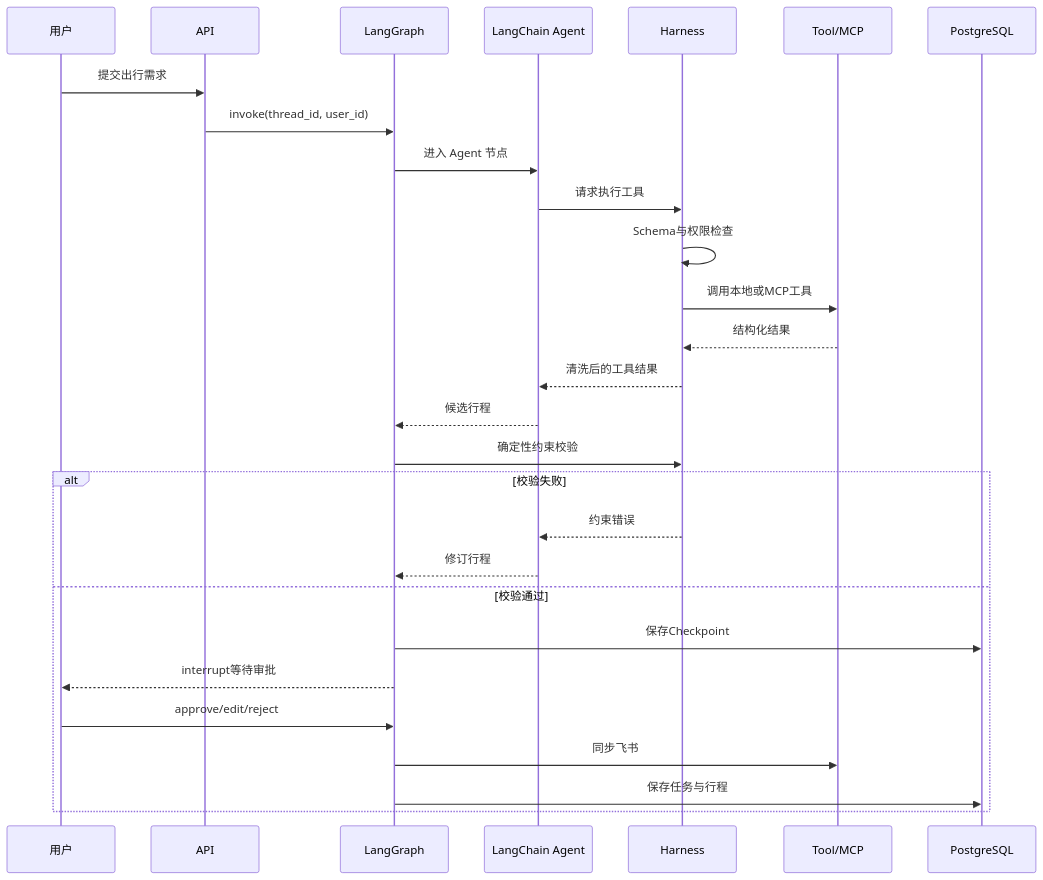
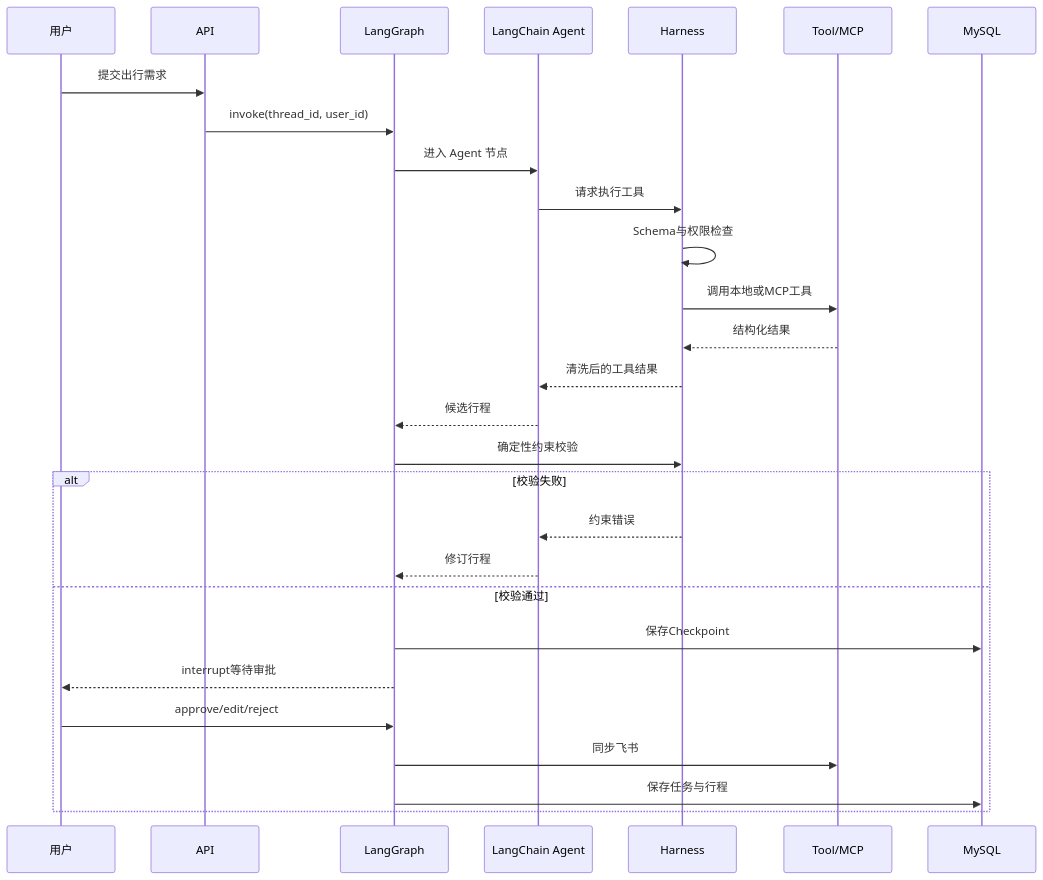
Before and after one commit to 1793172882/TravelMind: the second of 2 diagrams in TravelMind/docs/02-architecture-design.md, drawn with Mermaid. The commit also changed other lines of this file and 59 other files, not shown here.

````diff
--- a/TravelMind/docs/02-architecture-design.md
+++ b/TravelMind/docs/02-architecture-design.md
@@ -42,31 +42,31 @@
 ```mermaid
 sequenceDiagram
     participant U as 用户
     participant A as API
     participant G as LangGraph
     participant L as LangChain Agent
     participant H as Harness
     participant T as Tool/MCP
-    participant D as PostgreSQL
+    participant D as MySQL
 
     U->>A: 提交出行需求
     A->>G: invoke(thread_id, user_id)
     G->>L: 进入 Agent 节点
     L->>H: 请求执行工具
     H->>H: Schema与权限检查
     H->>T: 调用本地或MCP工具
     T-->>H: 结构化结果
     H-->>L: 清洗后的工具结果
     L-->>G: 候选行程
     G->>H: 确定性约束校验
     alt 校验失败
         H-->>L: 约束错误
         L-->>G: 修订行程
     else 校验通过
         G->>D: 保存Checkpoint
         G-->>U: interrupt等待审批
         U->>G: approve/edit/reject
         G->>T: 同步飞书
         G->>D: 保存任务与行程
     end
 ```
````
